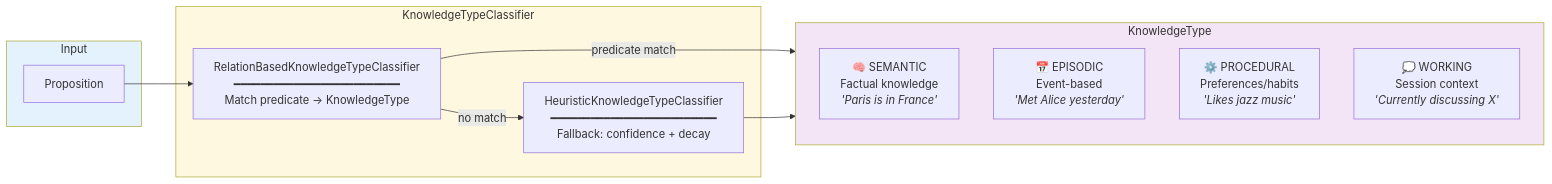
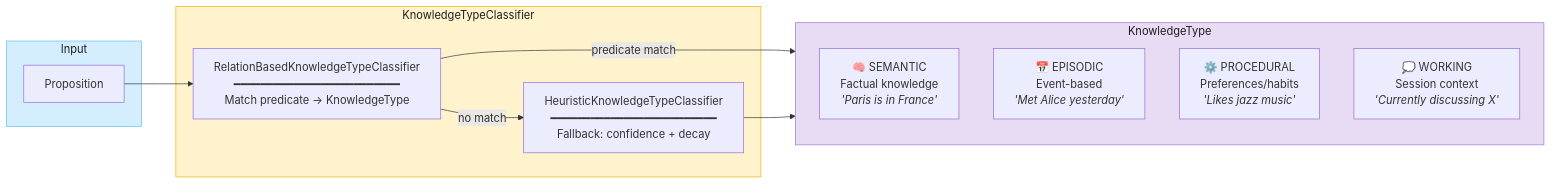
Before and after one commit to embabel/dice: the fourth of 4 diagrams in README.md, drawn with Mermaid. The commit also changed other lines of this file and 1 other file, not shown here.

````diff
--- a/README.md
+++ b/README.md
@@ -373,27 +373,27 @@
 ```mermaid
 flowchart LR
     subgraph Input
         P["Proposition"]
     end
 
     subgraph Classifier["KnowledgeTypeClassifier"]
         RBC["RelationBasedKnowledgeTypeClassifier<br/>━━━━━━━━━━━━━━━━━━━━━━━━━<br/>Match predicate → KnowledgeType"]
         HBC["HeuristicKnowledgeTypeClassifier<br/>━━━━━━━━━━━━━━━━━━━━━━━━━<br/>Fallback: confidence + decay"]
     end
 
     subgraph Types["KnowledgeType"]
         SEM["🧠 SEMANTIC<br/>Factual knowledge<br/><i>'Paris is in France'</i>"]
         EPI["📅 EPISODIC<br/>Event-based<br/><i>'Met Alice yesterday'</i>"]
         PRO["⚙️ PROCEDURAL<br/>Preferences/habits<br/><i>'Likes jazz music'</i>"]
         WRK["💭 WORKING<br/>Session context<br/><i>'Currently discussing X'</i>"]
     end
 
     P --> RBC
     RBC -->|"predicate match"| Types
     RBC -->|"no match"| HBC
     HBC --> Types
 
-    style Input fill:#e3f2fd
-    style Classifier fill:#fff8e1
-    style Types fill:#f3e5f5
+    style Input fill:#d4eeff,stroke:#63c0f5,color:#1e1e1e
+    style Classifier fill:#fff3cd,stroke:#e9b306,color:#1e1e1e
+    style Types fill:#e8dcf4,stroke:#9f77cd,color:#1e1e1e
 ```
````
